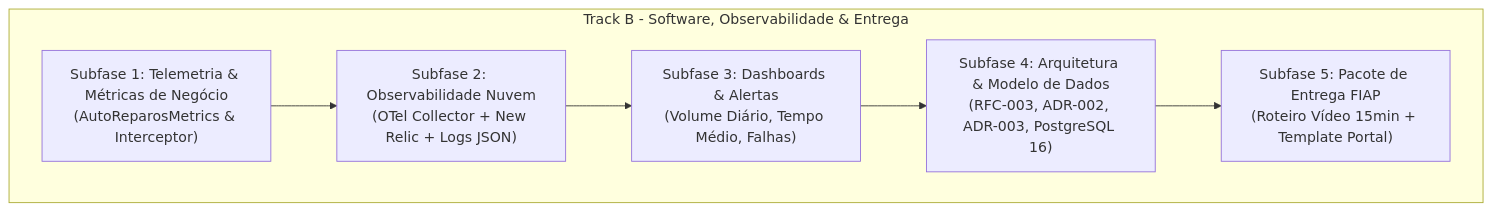
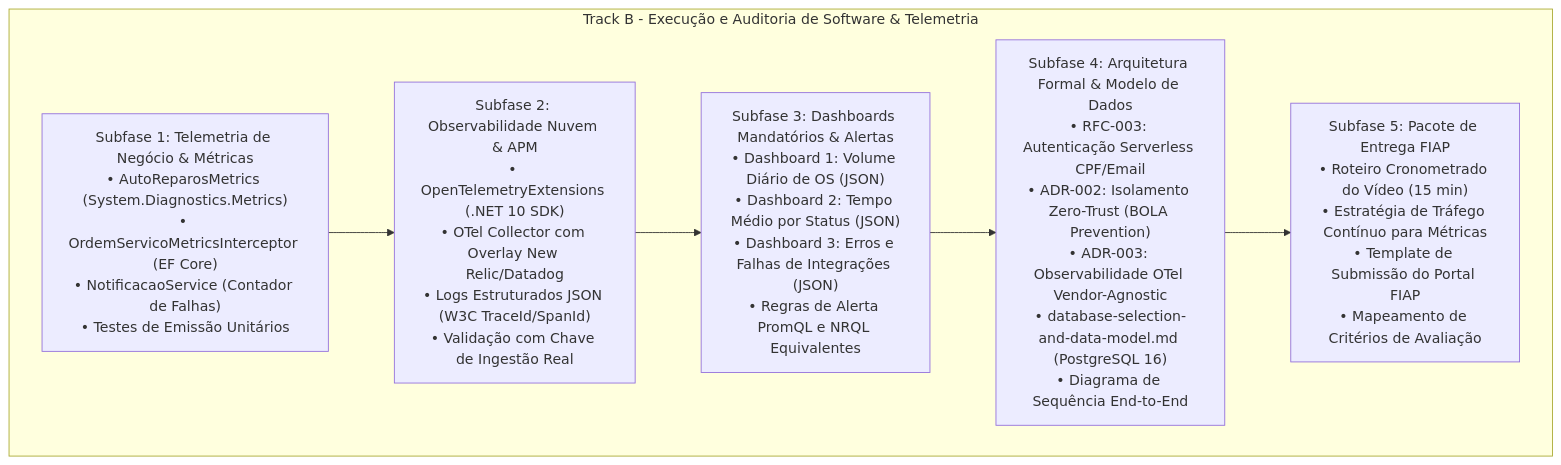
The diagram in docs/specs/fase3/observabilidade/plano_execucao_track_b_observabilidade.md (Grupo78-PosTech-15SOAT/AutoReparos), drawn with Mermaid before and after one commit. The commit also changed other lines of this file and 9 other files, not shown here.

````diff
--- a/docs/specs/fase3/observabilidade/plano_execucao_track_b_observabilidade.md
+++ b/docs/specs/fase3/observabilidade/plano_execucao_track_b_observabilidade.md
@@ -30,13 +26,19 @@
 ```mermaid
 flowchart TD
-    subgraph TrackB ["Track B - Software, Observabilidade & Entrega"]
-        S1["Subfase 1: Telemetria & Métricas de Negócio\n(AutoReparosMetrics & Interceptor)"]
-        S2["Subfase 2: Observabilidade Nuvem\n(OTel Collector + New Relic + Logs JSON)"]
-        S3["Subfase 3: Dashboards & Alertas\n(Volume Diário, Tempo Médio, Falhas)"]
-        S4["Subfase 4: Arquitetura & Modelo de Dados\n(RFC-003, ADR-002, ADR-003, PostgreSQL 16)"]
-        S5["Subfase 5: Pacote de Entrega FIAP\n(Roteiro Vídeo 15min + Template Portal)"]
+    subgraph TrackB ["Track B - Execução e Auditoria de Software & Telemetria"]
+        Sub1["Subfase 1: Telemetria de Negócio & Métricas\n• AutoReparosMetrics (System.Diagnostics.Metrics)\n• OrdemServicoMetricsInterceptor (EF Core)\n• NotificacaoService (Contador de Falhas)\n• Testes de Emissão Unitários"]
+        
+        Sub2["Subfase 2: Observabilidade Nuvem & APM\n• OpenTelemetryExtensions (.NET 10 SDK)\n• OTel Collector com Overlay New Relic/Datadog\n• Logs Estruturados JSON (W3C TraceId/SpanId)\n• Validação com Chave de Ingestão Real"]
+        
+        Sub3["Subfase 3: Dashboards Mandatórios & Alertas\n• Dashboard 1: Volume Diário de OS (JSON)\n• Dashboard 2: Tempo Médio por Status (JSON)\n• Dashboard 3: Erros e Falhas de Integrações (JSON)\n• Regras de Alerta PromQL e NRQL Equivalentes"]
+        
+        Sub4["Subfase 4: Arquitetura Formal & Modelo de Dados\n• RFC-003: Autenticação Serverless CPF/Email\n• ADR-002: Isolamento Zero-Trust (BOLA Prevention)\n• ADR-003: Observabilidade OTel Vendor-Agnostic\n• database-selection-and-data-model.md (PostgreSQL 16)\n• Diagrama de Sequência End-to-End"]
+        
+        Sub5["Subfase 5: Pacote de Entrega FIAP\n• Roteiro Cronometrado do Vídeo (15 min)\n• Estratégia de Tráfego Contínuo para Métricas\n• Template de Submissão do Portal FIAP\n• Mapeamento de Critérios de Avaliação"]
     end
 
-    S1 --> S2 --> S3
-    S3 --> S4 --> S5
+    Sub1 --> Sub2
+    Sub2 --> Sub3
+    Sub3 --> Sub4
+    Sub4 --> Sub5
 ```
````
